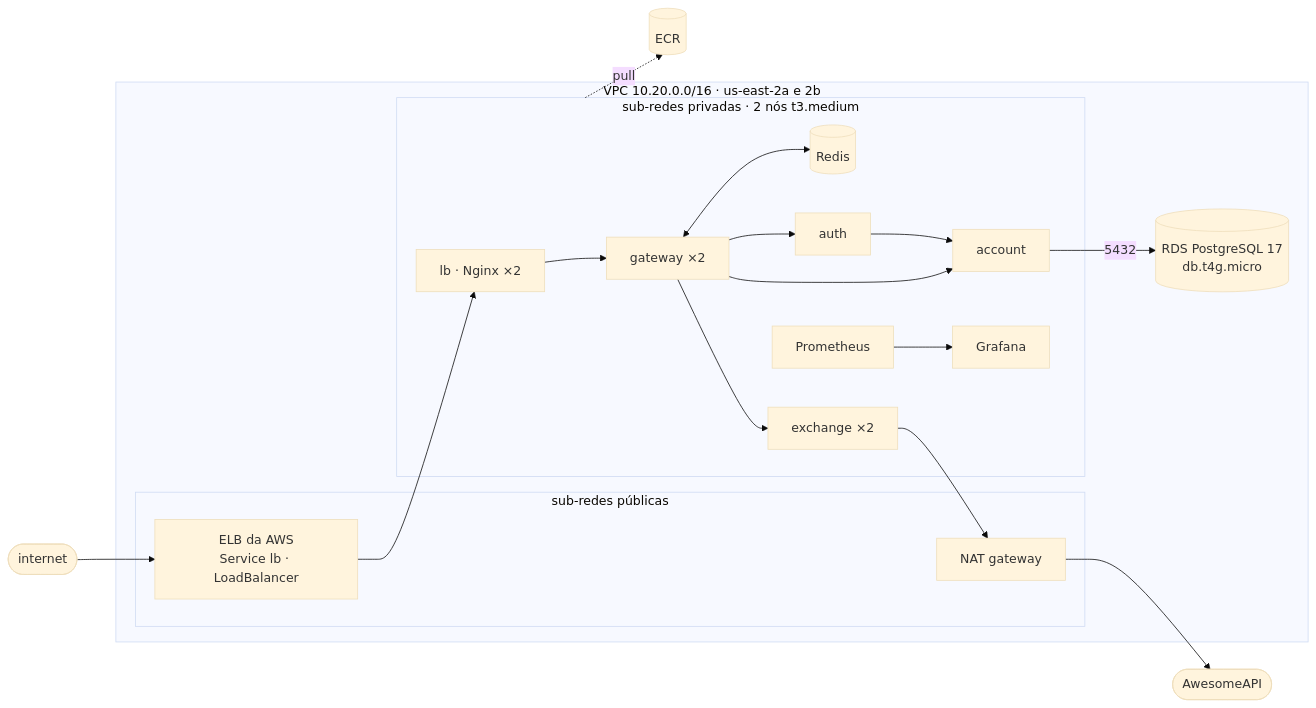
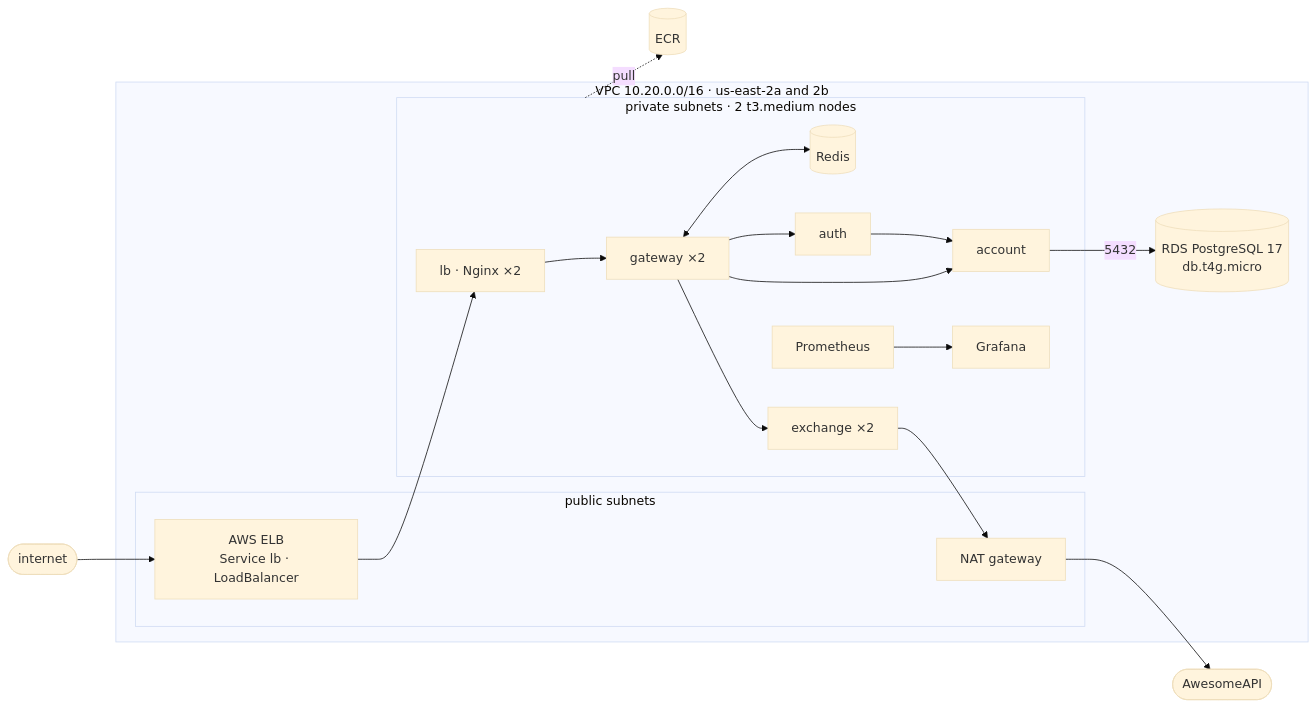
One commit to pna26/platform changed the diagram in docs/devops/eks.md. Above: the diagram before and after it, drawn with Mermaid (base theme). The commit also changed other lines of this file and 55 other files, not shown here.

````diff
--- a/docs/devops/eks.md
+++ b/docs/devops/eks.md
@@ -12,22 +12,22 @@
 ``` mermaid
 flowchart LR
-    user([internet]) --> elb[ELB da AWS<br/>Service lb · LoadBalancer]
-    subgraph vpc[VPC 10.20.0.0/16 · us-east-2a e 2b]
-        subgraph pub[sub-redes públicas]
+    user([internet]) --> elb[AWS ELB<br/>Service lb · LoadBalancer]
+    subgraph vpc[VPC 10.20.0.0/16 · us-east-2a and 2b]
+        subgraph pub[public subnets]
             elb
             nat[NAT gateway]
         end
-        subgraph priv[sub-redes privadas · 2 nós t3.medium]
+        subgraph priv[private subnets · 2 t3.medium nodes]
             lb[lb · Nginx ×2] --> gw[gateway ×2]
             gw <--> redis[(Redis)]
             gw --> auth & account & exchange[exchange ×2]
             auth --> account
             prom[Prometheus] --> graf[Grafana]
         end
         rds[(RDS PostgreSQL 17<br/>db.t4g.micro)]
     end
     elb --> lb
     account -->|5432| rds
     exchange --> nat --> api([AwesomeAPI])
     priv -.->|pull| ecr[(ECR)]
 ```
````
